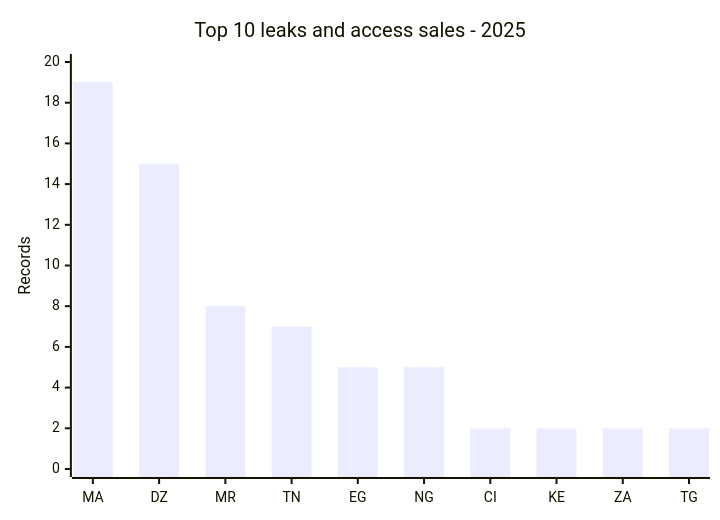
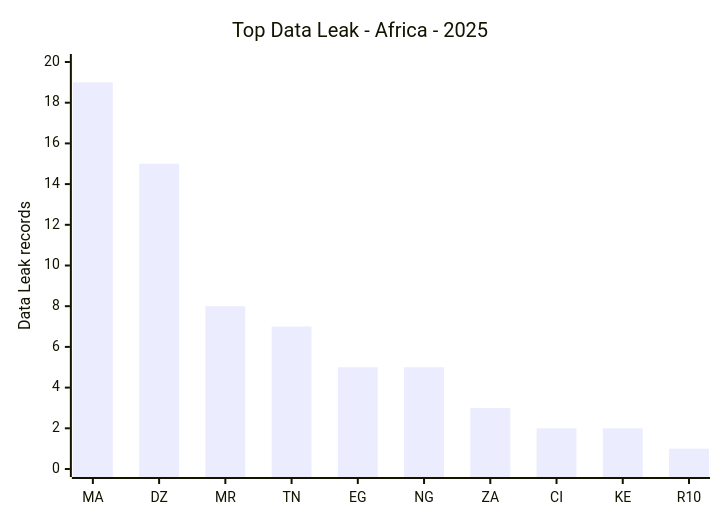
The fifth of 5 diagrams in CyberAttackAfrica/2025/README.md (Hatchepsoute/AFRINTEL), drawn with Mermaid before and after one commit. The commit also changed other lines of this file and 35 other files, not shown here.

````diff
--- a/CyberAttackAfrica/2025/README.md
+++ b/CyberAttackAfrica/2025/README.md
@@ -261,7 +362,7 @@
 ```mermaid
-xychart
-    title "Top 10 leaks and access sales - 2025"
-    x-axis ["MA","DZ","MR","TN","EG","NG","CI","KE","ZA","TG"]
-    y-axis "Records" 0 --> 20
-    bar [19,15,8,7,5,5,2,2,2,2]
+xychart-beta
+    title "Top Data Leak - Africa - 2025"
+    x-axis ["MA","DZ","MR","TN","EG","NG","ZA","CI","KE","R10"]
+    y-axis "Data Leak records" 0 --> 20
+    bar [19,15,8,7,5,5,3,2,2,1]
 ```
````
